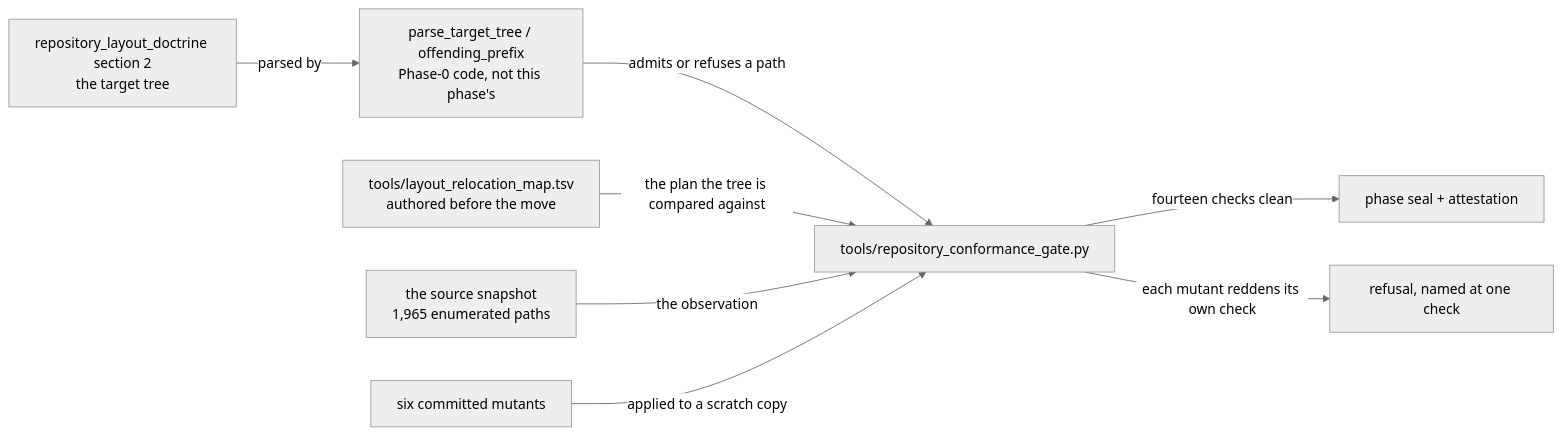
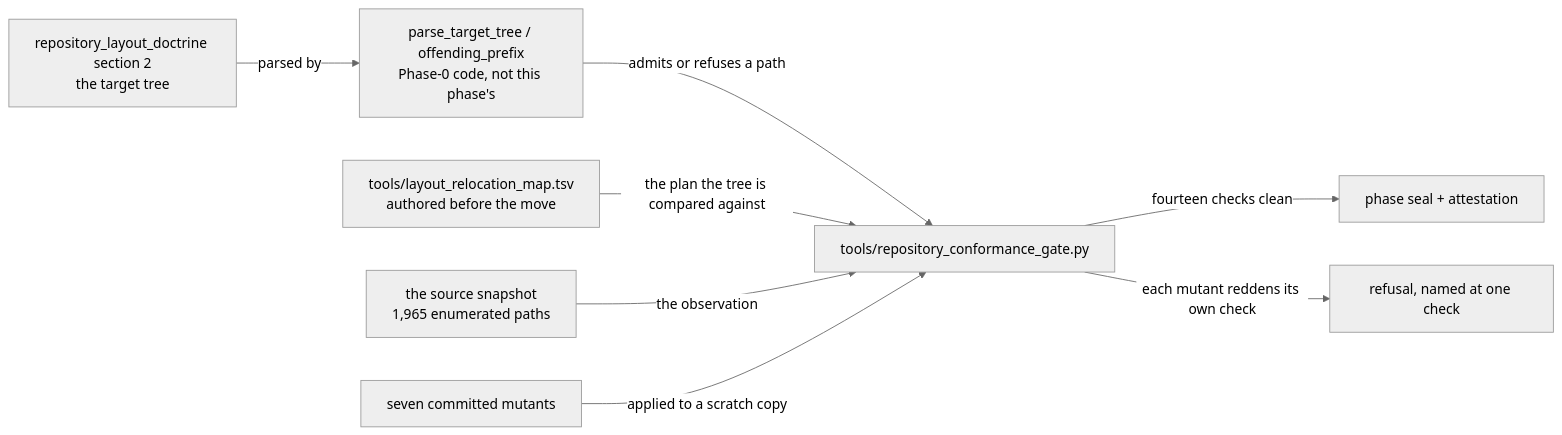
One commit to Tuee22/amoebius changed the first of 2 diagrams in DEVELOPMENT_PLAN/phase_02_repository_layout_conformance.md. Above: the diagram before and after it, drawn with Mermaid (neutral theme). The commit also changed other lines of this file and 45 other files, not shown here.

````diff
--- a/DEVELOPMENT_PLAN/phase_02_repository_layout_conformance.md
+++ b/DEVELOPMENT_PLAN/phase_02_repository_layout_conformance.md
@@ -203,19 +227,19 @@
 ```mermaid
 flowchart LR
   %% register: orientation
   doc["repository_layout_doctrine section 2<br/>the target tree"]
   oracle["parse_target_tree / offending_prefix<br/>Phase-0 code, not this phase's"]
   map["tools/layout_relocation_map.tsv<br/>authored before the move"]
   tree["the source snapshot<br/>1,965 enumerated paths"]
   gate["tools/repository_conformance_gate.py"]
   seal["phase seal + attestation"]
   refusal["refusal, named at one check"]
-  mut["six committed mutants"]
+  mut["seven committed mutants"]
   doc -->|"parsed by"| oracle
   oracle -->|"admits or refuses a path"| gate
   map -->|"the plan the tree is compared against"| gate
   tree -->|"the observation"| gate
   gate -->|"fourteen checks clean"| seal
   mut -->|"applied to a scratch copy"| gate
   gate -->|"each mutant reddens its own check"| refusal
 ```
````
